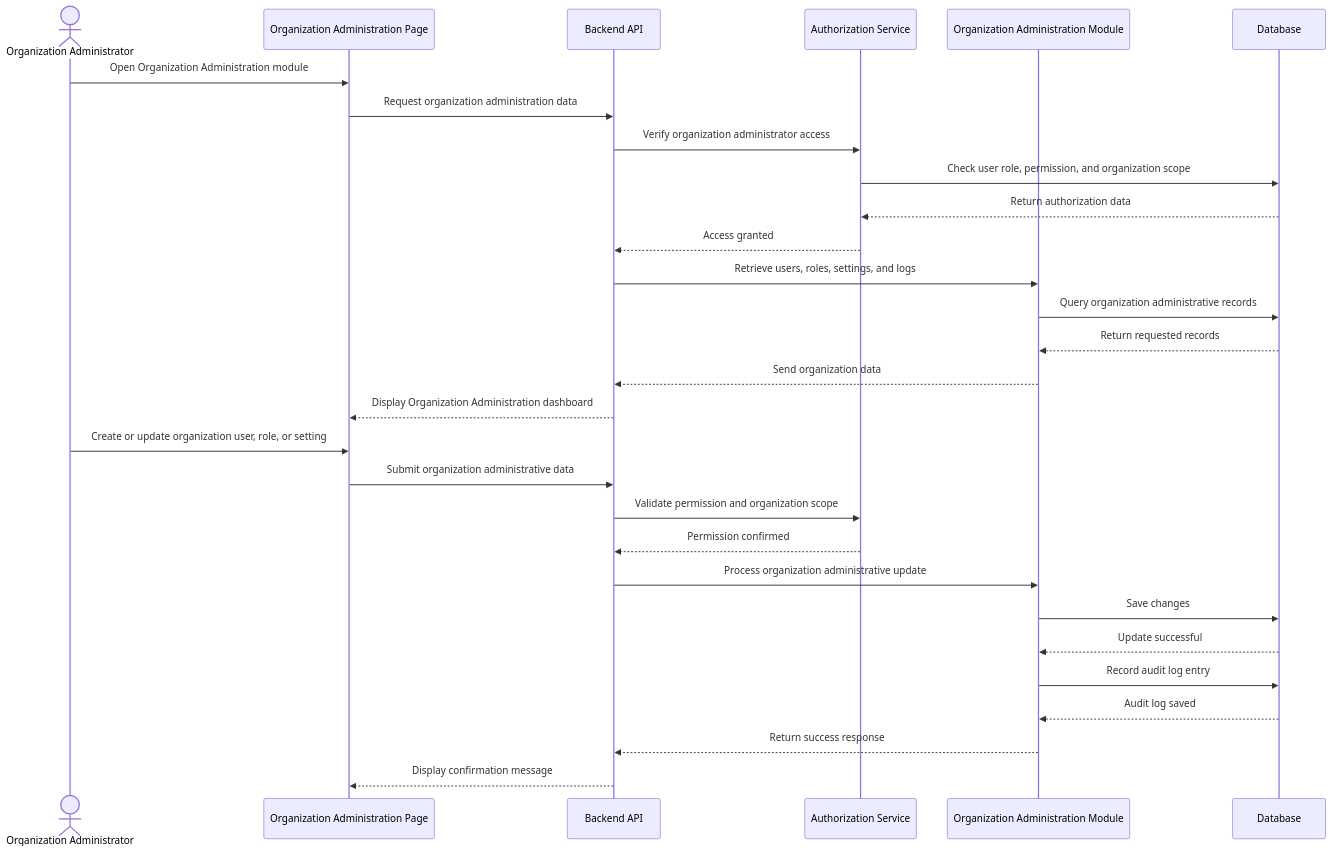
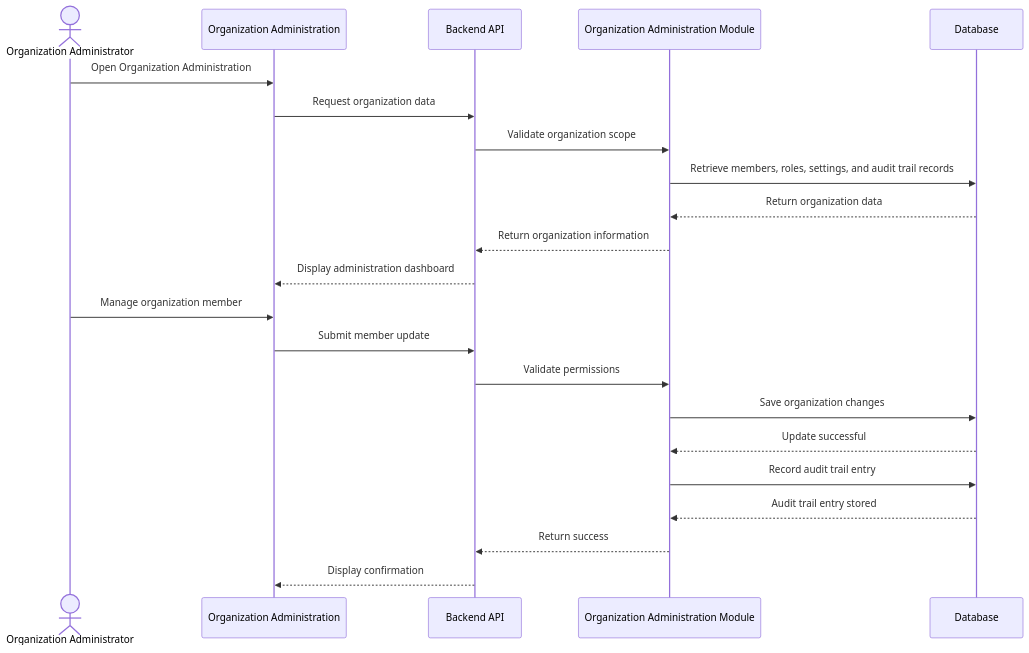
One commit to Wiii-1/New_LINAW changed diagram 11 of 12 in docs/architecture/Low_Level_Design.md. Above: the diagram before and after it, drawn with Mermaid. The commit also changed other lines of this file and 1 other file, not shown here.

Commit message:
docs: update changes on lld and api designs

````diff
--- a/docs/architecture/Low_Level_Design.md
+++ b/docs/architecture/Low_Level_Design.md
@@ -2409,34 +2485,26 @@
 ```mermaid
 sequenceDiagram
-    actor OrgAdmin as Organization Administrator
-    participant UI as Organization Administration Page
+    actor Admin as Organization Administrator
+    participant UI as Organization Administration
     participant API as Backend API
-    participant AUTH as Authorization Service
     participant ORG as Organization Administration Module
     participant DB as Database
 
-    OrgAdmin->>UI: Open Organization Administration module
-    UI->>API: Request organization administration data
-    API->>AUTH: Verify organization administrator access
-    AUTH->>DB: Check user role, permission, and organization scope
-    DB-->>AUTH: Return authorization data
-    AUTH-->>API: Access granted
+    Admin->>UI: Open Organization Administration
+    UI->>API: Request organization data
+    API->>ORG: Validate organization scope
+    ORG->>DB: Retrieve members, roles, settings, and audit trail records
+    DB-->>ORG: Return organization data
+    ORG-->>API: Return organization information
+    API-->>UI: Display administration dashboard
 
-    API->>ORG: Retrieve users, roles, settings, and logs
-    ORG->>DB: Query organization administrative records
-    DB-->>ORG: Return requested records
-    ORG-->>API: Send organization data
-    API-->>UI: Display Organization Administration dashboard
-
-    OrgAdmin->>UI: Create or update organization user, role, or setting
-    UI->>API: Submit organization administrative data
-    API->>AUTH: Validate permission and organization scope
-    AUTH-->>API: Permission confirmed
-    API->>ORG: Process organization administrative update
-    ORG->>DB: Save changes
+    Admin->>UI: Manage organization member
+    UI->>API: Submit member update
+    API->>ORG: Validate permissions
+    ORG->>DB: Save organization changes
     DB-->>ORG: Update successful
-    ORG->>DB: Record audit log entry
-    DB-->>ORG: Audit log saved
-    ORG-->>API: Return success response
-    API-->>UI: Display confirmation message
+    ORG->>DB: Record audit trail entry
+    DB-->>ORG: Audit trail entry stored
+    ORG-->>API: Return success
+    API-->>UI: Display confirmation
 ```
````
